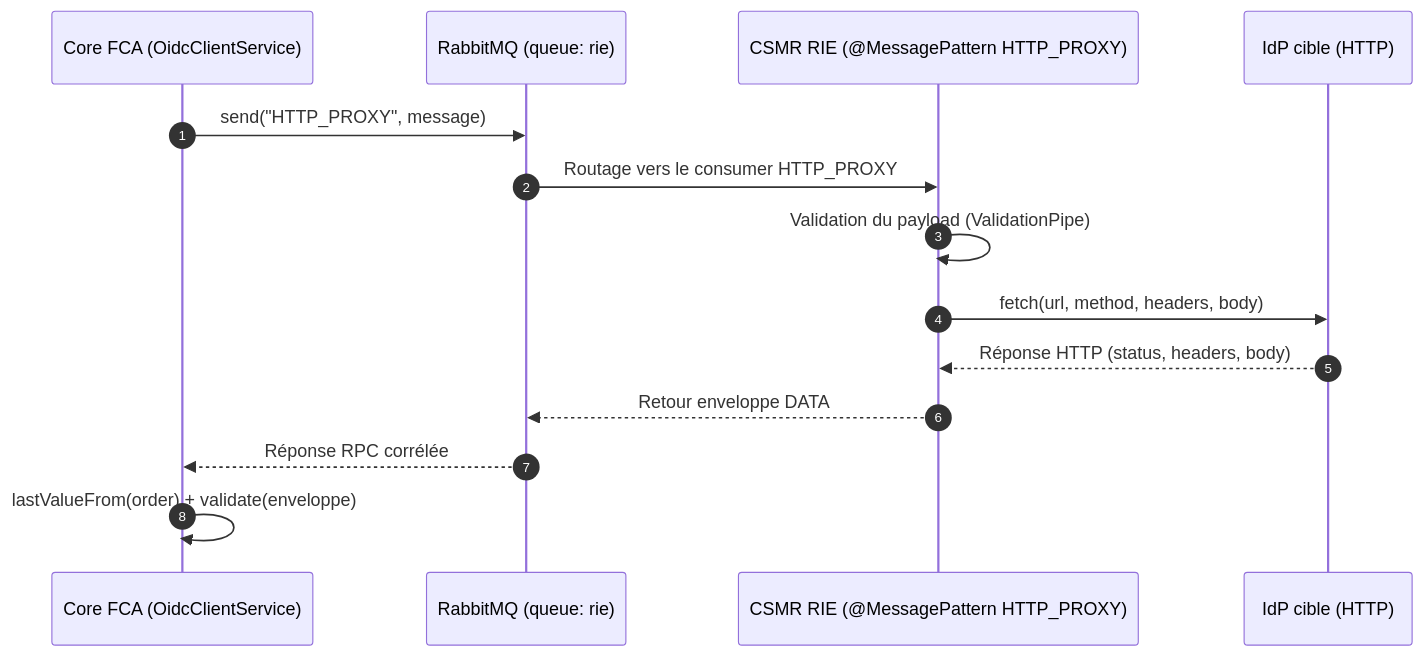
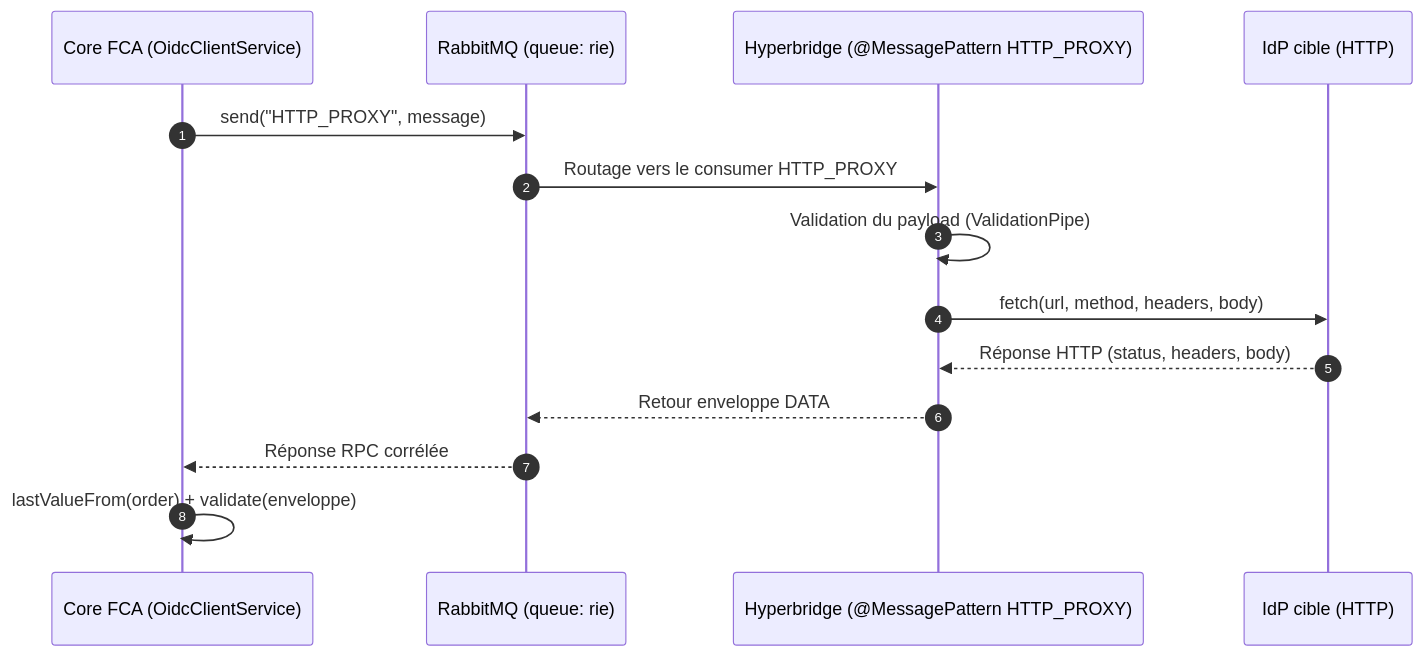
One commit to proconnect-gouv/federation changed the first of 2 diagrams in back/_doc/hyyyperbridge.md. Above: the diagram before and after it, drawn with Mermaid. The commit also changed other lines of this file and 19 other files, not shown here.

First line of the commit message:
♻️ rename csmr-rie to hyperbridge

````diff
--- a/back/_doc/hyyyperbridge.md
+++ b/back/_doc/hyyyperbridge.md
@@ -18,17 +18,17 @@
 ```mermaid
 sequenceDiagram
     autonumber
     participant Core as Core FCA (OidcClientService)
     participant RMQ as RabbitMQ (queue: rie)
-    participant RIE as CSMR RIE (@MessagePattern HTTP_PROXY)
+    participant RIE as Hyperbridge (@MessagePattern HTTP_PROXY)
     participant IDP as IdP cible (HTTP)
 
     Core->>RMQ: send("HTTP_PROXY", message)
     RMQ->>RIE: Routage vers le consumer HTTP_PROXY
     RIE->>RIE: Validation du payload (ValidationPipe)
     RIE->>IDP: fetch(url, method, headers, body)
     IDP-->>RIE: Réponse HTTP (status, headers, body)
     RIE-->>RMQ: Retour enveloppe DATA
     RMQ-->>Core: Réponse RPC corrélée
     Core->>Core: lastValueFrom(order) + validate(enveloppe)
 ```
````
